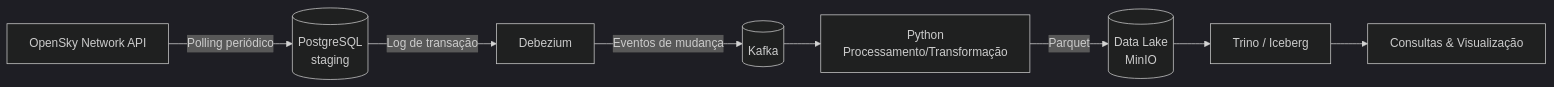
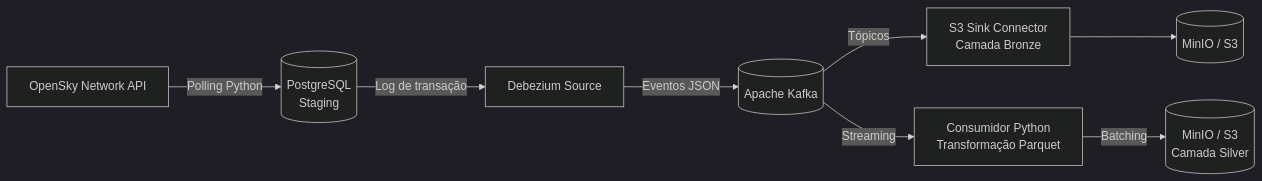
The diagram in README.md (rafaelladuarte/opensky-cdc-datalake), drawn with Mermaid (dark theme) before and after one commit. The commit also changed other lines of this file, not shown here.

````diff
--- a/README.md
+++ b/README.md
@@ -61,10 +52,11 @@
 ```mermaid
 flowchart LR
-    A[OpenSky Network API] -->|Polling periódico| B[(PostgreSQL<br/>staging)]
-    B -->|Log de transação| C[Debezium]
-    C -->|Eventos de mudança| D[(Kafka)]
-    D --> E[Python<br/>Processamento/Transformação]
-    E -->|Parquet| F[(Data Lake<br/>MinIO)]
-    F --> G[Trino / Iceberg]
-    G --> H[Consultas & Visualização]
+    A[OpenSky Network API] -->|Polling Python| B[(PostgreSQL<br/>Staging)]
+    B -->|Log de transação| C[Debezium Source]
+    C -->|Eventos JSON| D[(Apache Kafka)]
+    D -->|Tópicos| E[S3 Sink Connector<br/>Camada Bronze]
+    E --> F[(MinIO / S3)]
+    
+    D -->|Streaming| G[Consumidor Python<br/>Transformação Parquet]
+    G -->|Batching| H[(MinIO / S3<br/>Camada Silver)]
 ```
````
